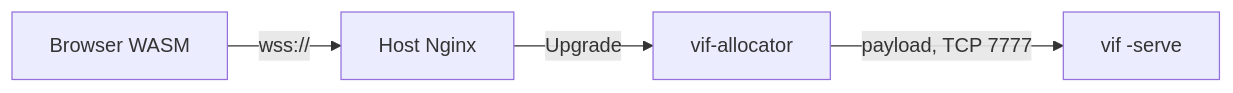
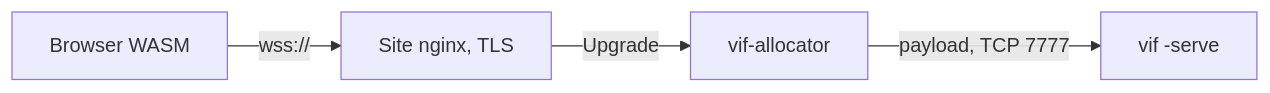
One commit to lixenwraith/vif changed the diagram in doc/multi-platform.md. Above: the diagram before and after it, drawn with Mermaid. The commit also changed other lines of this file and 6 other files, not shown here.

````diff
--- a/doc/multi-platform.md
+++ b/doc/multi-platform.md
@@ -235,6 +235,6 @@
 ```mermaid
 flowchart LR
-    Browser["Browser WASM"] -->|"wss://"| Nginx["Host Nginx"]
+    Browser["Browser WASM"] -->|"wss://"| Nginx["Site nginx, TLS"]
     Nginx -->|"Upgrade"| Allocator["vif-allocator"]
     Allocator -->|"payload, TCP 7777"| Pod["vif -serve"]
 ```
````
